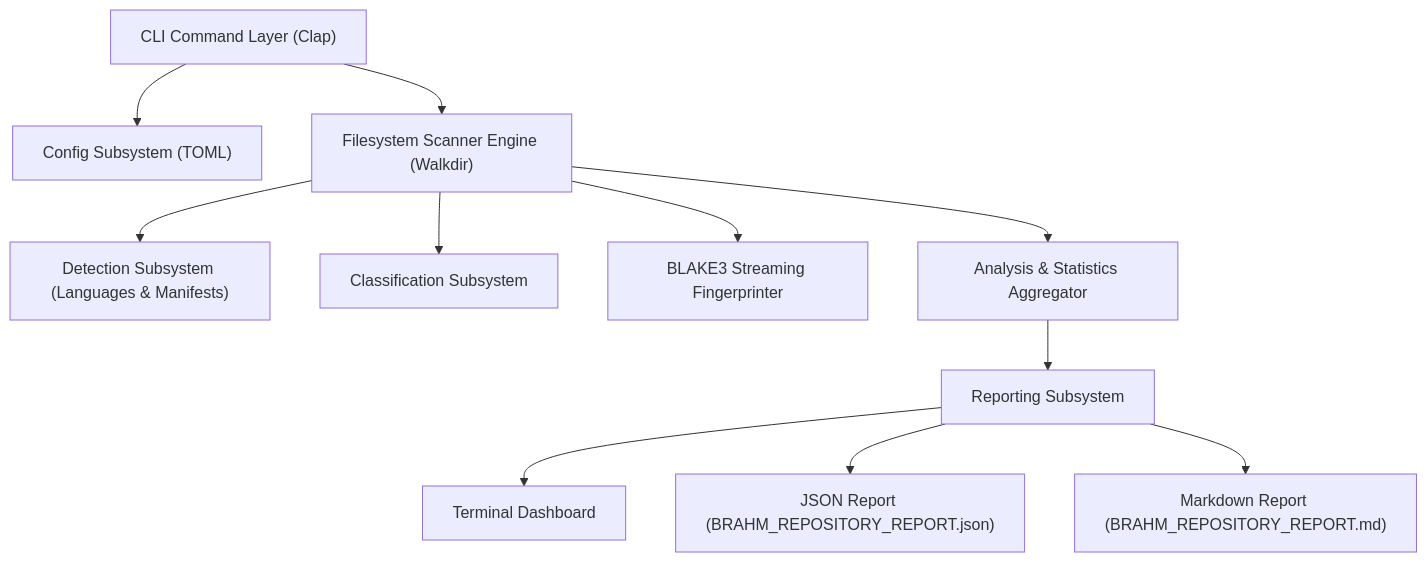
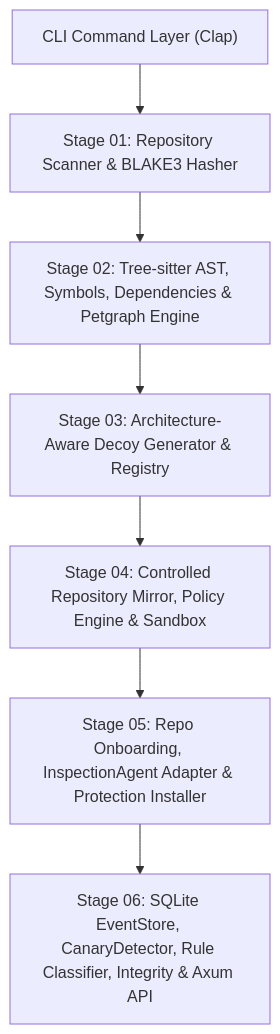
One commit to DDharm007/brahm changed the diagram in docs/ARCHITECTURE.md. Above: the diagram before and after it, drawn with Mermaid. The commit also changed other lines of this file and 13 other files, not shown here.

````diff
--- a/docs/ARCHITECTURE.md
+++ b/docs/ARCHITECTURE.md
@@ -9,13 +7,9 @@
 ```mermaid
 flowchart TD
-    CLI["CLI Command Layer (Clap)"] --> Config["Config Subsystem (TOML)"]
-    CLI --> Scanner["Filesystem Scanner Engine (Walkdir)"]
-    Scanner --> Detection["Detection Subsystem (Languages & Manifests)"]
-    Scanner --> Classification["Classification Subsystem"]
-    Scanner --> Hashing["BLAKE3 Streaming Fingerprinter"]
-    Scanner --> Analysis["Analysis & Statistics Aggregator"]
-    Analysis --> Reporting["Reporting Subsystem"]
-    Reporting --> Terminal["Terminal Dashboard"]
-    Reporting --> JSON["JSON Report (BRAHM_REPOSITORY_REPORT.json)"]
-    Reporting --> Markdown["Markdown Report (BRAHM_REPOSITORY_REPORT.md)"]
+    CLI["CLI Command Layer (Clap)"] --> S1["Stage 01: Repository Scanner & BLAKE3 Hasher"]
+    S1 --> S2["Stage 02: Tree-sitter AST, Symbols, Dependencies & Petgraph Engine"]
+    S2 --> S3["Stage 03: Architecture-Aware Decoy Generator & Registry"]
+    S3 --> S4["Stage 04: Controlled Repository Mirror, Policy Engine & Sandbox"]
+    S4 --> S5["Stage 05: Repo Onboarding, InspectionAgent Adapter & Protection Installer"]
+    S5 --> S6["Stage 06: SQLite EventStore, CanaryDetector, Rule Classifier, Integrity & Axum API"]
 ```
````
